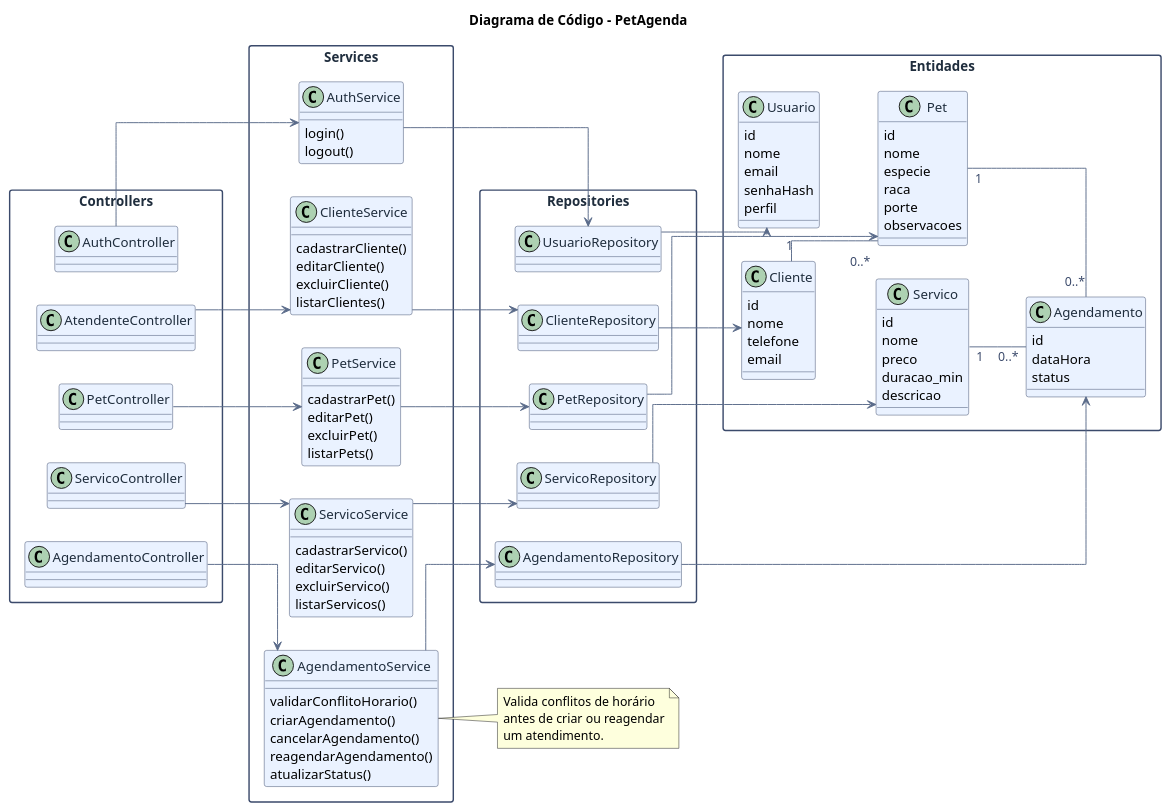
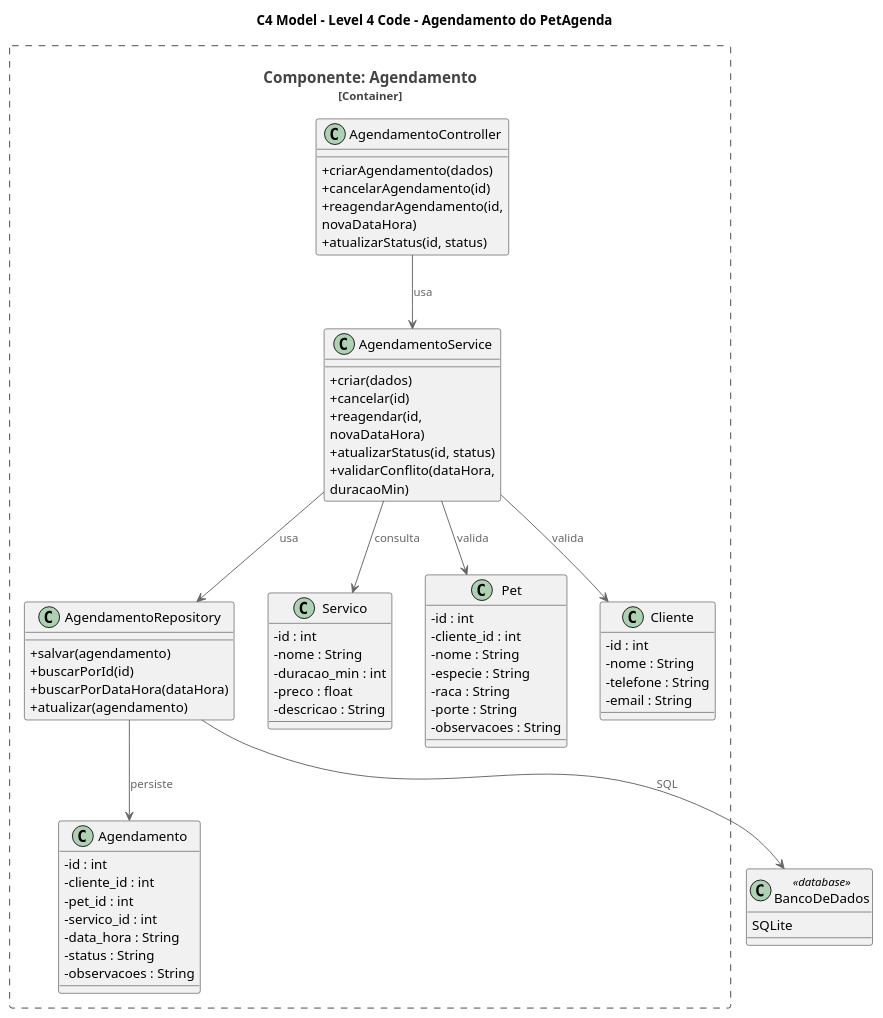
One commit to GabrielLengertGuedes/petagenda changed the diagram in diagrama_de_código.puml. Above: the diagram before and after it, drawn with PlantUML.

Commit message:
diagrama_de_código.puml

```diff
--- a/diagrama_de_código.puml
+++ b/diagrama_de_código.puml
@@ -1,152 +1,81 @@
-@startuml petagenda_codigo_10
-left to right direction
-skinparam backgroundColor white
+@startuml
+!include https://raw.githubusercontent.com/plantuml-stdlib/C4-PlantUML/master/C4_Component.puml
+
+title C4 Model - Level 4 Code - Agendamento do PetAgenda
+
+LAYOUT_TOP_DOWN()
 skinparam classAttributeIconSize 0
-skinparam shadowing false
-skinparam defaultFontName Arial
-skinparam packageStyle rectangle
-skinparam linetype ortho
 
-skinparam package {
-BorderColor #3B4A6B
-FontColor #1F2D3D
+Container_Boundary(agendamento_component, "Componente: Agendamento") {
+
+    class AgendamentoController {
+      +criarAgendamento(dados)
+      +cancelarAgendamento(id)
+      +reagendarAgendamento(id, novaDataHora)
+      +atualizarStatus(id, status)
+    }
+
+    class AgendamentoService {
+      +criar(dados)
+      +cancelar(id)
+      +reagendar(id, novaDataHora)
+      +atualizarStatus(id, status)
+      +validarConflito(dataHora, duracaoMin)
+    }
+
+    class AgendamentoRepository {
+      +salvar(agendamento)
+      +buscarPorId(id)
+      +buscarPorDataHora(dataHora)
+      +atualizar(agendamento)
+    }
+
+    class Agendamento {
+      -id : int
+      -cliente_id : int
+      -pet_id : int
+      -servico_id : int
+      -data_hora : String
+      -status : String
+      -observacoes : String
+    }
+
+    class Servico {
+      -id : int
+      -nome : String
+      -duracao_min : int
+      -preco : float
+      -descricao : String
+    }
+
+    class Pet {
+      -id : int
+      -cliente_id : int
+      -nome : String
+      -especie : String
+      -raca : String
+      -porte : String
+      -observacoes : String
+    }
+
+    class Cliente {
+      -id : int
+      -nome : String
+      -telefone : String
+      -email : String
+    }
 }
 
-skinparam class {
-BackgroundColor #EAF2FF
-BorderColor #3B4A6B
-FontColor #1F2D3D
+class BancoDeDados <<database>> {
+  SQLite
 }
 
-skinparam arrow {
-Color #5A6B8A
-FontColor #3B4A6B
-}
-
-title Diagrama de Código - PetAgenda
-
-package "Controllers" {
-class AuthController
-class AtendenteController
-class PetController
-class ServicoController
-class AgendamentoController
-}
-
-package "Services" {
-
-class AuthService {
-login()
-logout()
-}
-
-class ClienteService {
-cadastrarCliente()
-editarCliente()
-excluirCliente()
-listarClientes()
-}
-
-class PetService {
-cadastrarPet()
-editarPet()
-excluirPet()
-listarPets()
-}
-
-class ServicoService {
-cadastrarServico()
-editarServico()
-excluirServico()
-listarServicos()
-}
-
-class AgendamentoService {
-validarConflitoHorario()
-criarAgendamento()
-cancelarAgendamento()
-reagendarAgendamento()
-atualizarStatus()
-}
-
-}
-
-package "Repositories" {
-class UsuarioRepository
-class ClienteRepository
-class PetRepository
-class ServicoRepository
-class AgendamentoRepository
-}
-
-package "Entidades" {
-
-class Usuario {
-id
-nome
-email
-senhaHash
-perfil
-}
-
-class Cliente {
-id
-nome
-telefone
-email
-}
-
-class Pet {
-id
-nome
-especie
-raca
-porte
-observacoes
-}
-
-class Servico {
-id
-nome
-preco
-duracao_min
-descricao
-}
-
-class Agendamento {
-id
-dataHora
-status
-}
-
-}
-
-AuthController --> AuthService
-AtendenteController --> ClienteService
-PetController --> PetService
-ServicoController --> ServicoService
-AgendamentoController --> AgendamentoService
-
-AuthService --> UsuarioRepository
-ClienteService --> ClienteRepository
-PetService --> PetRepository
-ServicoService --> ServicoRepository
-AgendamentoService --> AgendamentoRepository
-
-UsuarioRepository --> Usuario
-ClienteRepository --> Cliente
-PetRepository --> Pet
-ServicoRepository --> Servico
-AgendamentoRepository --> Agendamento
-
-Cliente "1" -- "0..*" Pet
-Pet "1" -- "0..*" Agendamento
-Servico "1" -- "0..*" Agendamento
-
-note right of AgendamentoService
-Valida conflitos de horário
-antes de criar ou reagendar
-um atendimento.
-end note
+AgendamentoController --> AgendamentoService : usa
+AgendamentoService --> AgendamentoRepository : usa
+AgendamentoService --> Servico : consulta
+AgendamentoService --> Pet : valida
+AgendamentoService --> Cliente : valida
+AgendamentoRepository --> Agendamento : persiste
+AgendamentoRepository --> BancoDeDados : SQL
 
 @enduml
```
